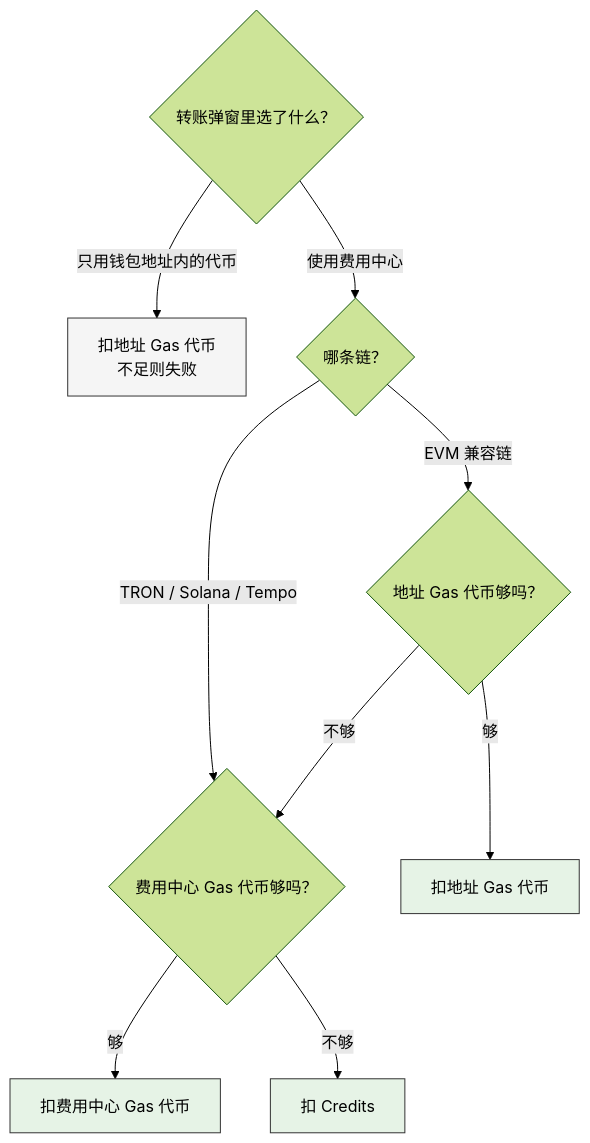
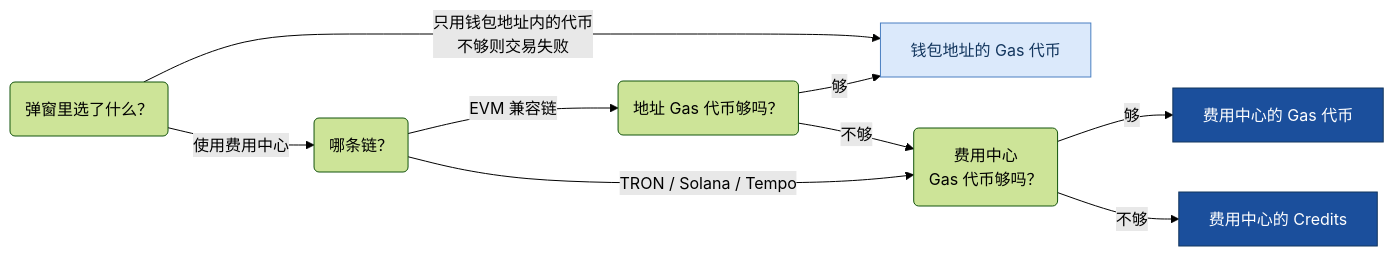
The diagram in cn/portal/billing-center/balances-and-fees.mdx (CoboGlobal/product-manual), drawn with Mermaid (forest theme) before and after one commit. The commit also changed 1 other file, not shown here.

Commit message:
docs(billing-center): 按评审反馈重做 Portal 扣费判定图
参考 <@U06KPDKTSDS> 在 Slack 里画的版本调整，四处改动都针对原图的具体缺陷：

- 终点由动作改为来源（钱包地址的 Gas 代币 / 费用中心的 Gas 代币 /
  费用中心的 Credits），与开篇「链上手续费可能来自三处」逐项对应。
- 配色由「绿=成功、灰=失败」改为按付款方区分：浅色为钱包地址自己付，
  深色为费用中心付。颜色自此承载本页主题，而不是结果状态。
- 判定节点由菱形改为圆角矩形。菱形装中文会被撑开，是此前反馈「图太大、
  不好看」的主因。
- 「不够则交易失败」移至边标签，不再单独占一个节点；EVM「够」与
  「只用钱包」收敛到同一终点。

布局同时由纵向改为横向，节点与层级未变，信息无增减。

````diff
--- a/cn/portal/billing-center/balances-and-fees.mdx
+++ b/cn/portal/billing-center/balances-and-fees.mdx
@@ -21,15 +21,15 @@
 ```mermaid
-flowchart TD
-    B{转账弹窗里选了什么？} -->|只用钱包地址内的代币| C["扣地址 Gas 代币<br/>不足则失败"]
-    B -->|使用费用中心| D{哪条链？}
-    D -->|EVM 兼容链| E{地址 Gas 代币够吗？}
-    D -->|TRON / Solana / Tempo| F{费用中心 Gas 代币够吗？}
-    E -->|够| G[扣地址 Gas 代币]
+flowchart LR
+    B("弹窗里选了什么？") -->|"只用钱包地址内的代币<br/>不够则交易失败"| W
+    B -->|使用费用中心| D("哪条链？")
+    D -->|EVM 兼容链| E("地址 Gas 代币够吗？")
+    D -->|"TRON / Solana / Tempo"| F("费用中心<br/>Gas 代币够吗？")
+    E -->|够| W["钱包地址的 Gas 代币"]
     E -->|不够| F
-    F -->|够| I[扣费用中心 Gas 代币]
-    F -->|不够| J[扣 Credits]
-    style C fill:#f5f5f5,stroke:#333
-    style G fill:#e6f3e6,stroke:#333
-    style I fill:#e6f3e6,stroke:#333
-    style J fill:#e6f3e6,stroke:#333
+    F -->|够| G["费用中心的 Gas 代币"]
+    F -->|不够| C["费用中心的 Credits"]
+    classDef wallet fill:#dbe9fb,stroke:#4a7fc1,color:#13365e
+    classDef bc fill:#1b4f9c,stroke:#13365e,color:#ffffff
+    class W wallet
+    class G,C bc
 ```
````
